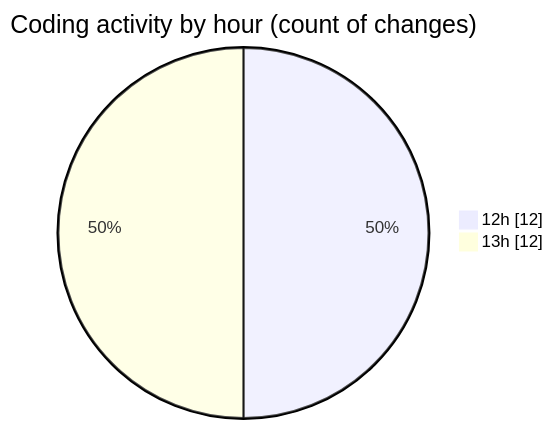
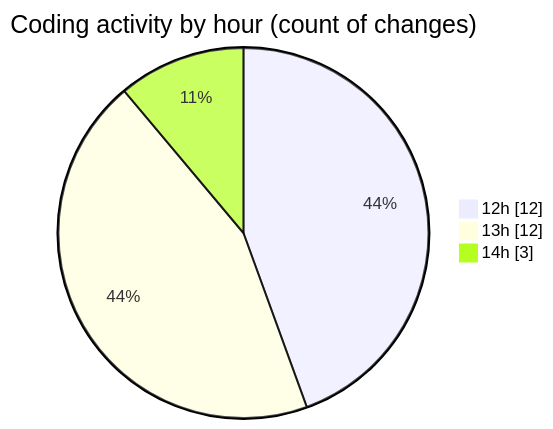
The second of 2 diagrams in 2025-09-24/cda/README.md (momahboobian/code-tracking), drawn with Mermaid before and after one commit. The commit also changed other lines of this file and 1 other file, not shown here.

````diff
--- a/2025-09-24/cda/README.md
+++ b/2025-09-24/cda/README.md
@@ -30,6 +32,7 @@
 ```mermaid
 pie showData
 title Coding activity by hour (count of changes)
 "12h" : 12
 "13h" : 12
+"14h" : 3
 ```
````
